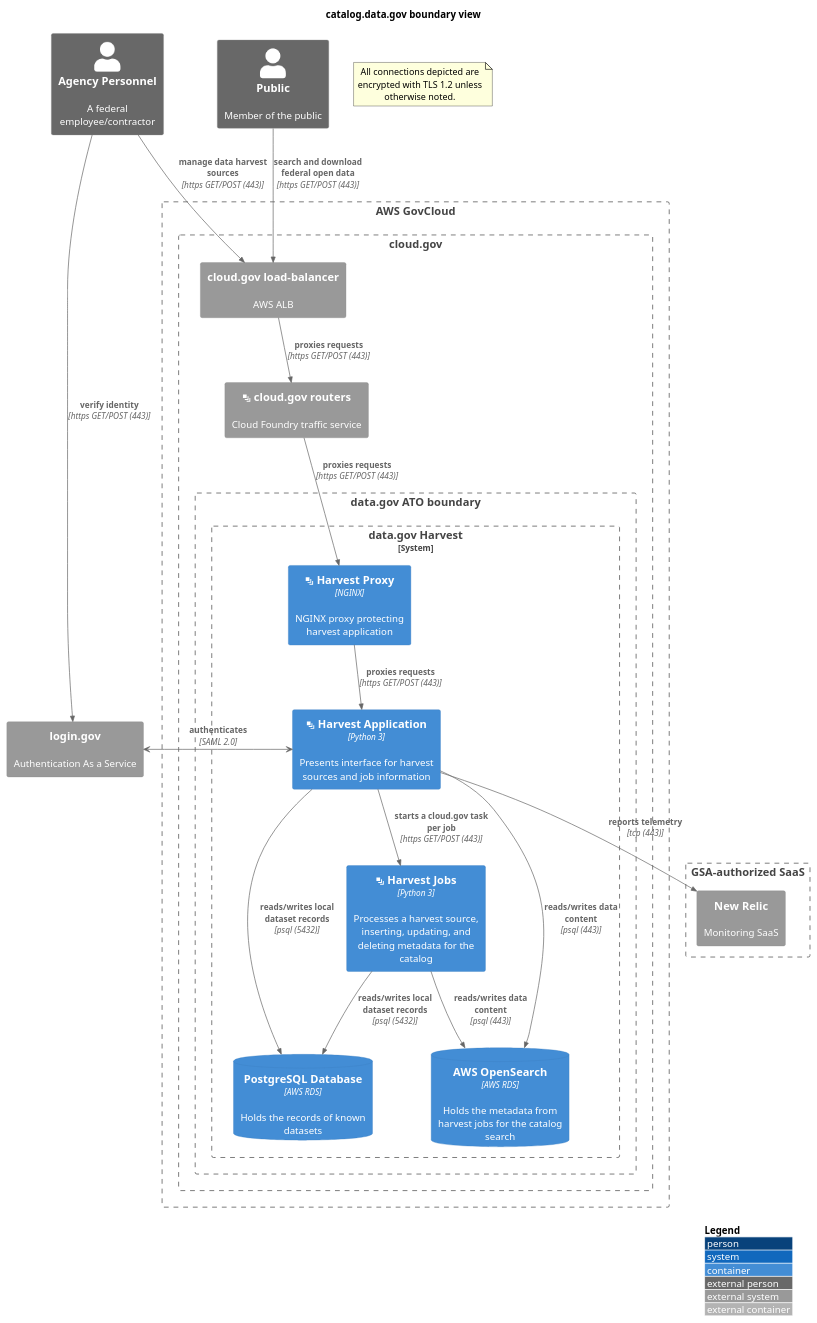
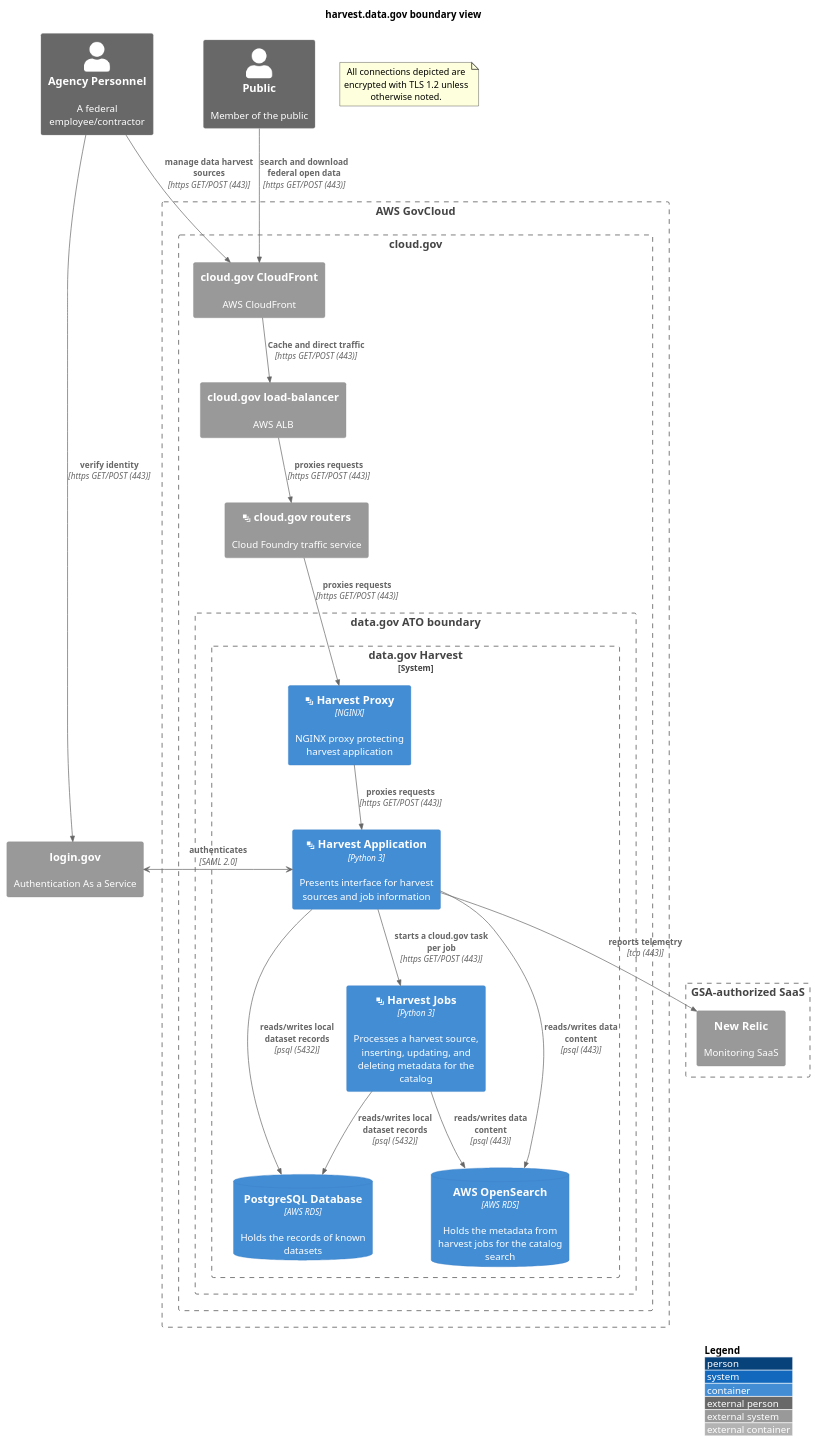
One commit to GSA/datagov-compliance changed the diagram in apps/harvest.boundary.md. Above: the diagram before and after it, drawn with PlantUML. The commit also changed other lines of this file and 11 other files, not shown here.

Commit message:
Updated per comments, cleaned titles and added CloudFront

````diff
--- a/apps/harvest.boundary.md
+++ b/apps/harvest.boundary.md
@@ -3,47 +3,49 @@
 ```plantuml
 @startuml
 !include https://raw.githubusercontent.com/plantuml-stdlib/C4-PlantUML/master/C4_Container.puml
 ' uncomment the following line and comment the first to use locally
 ' !include C4_Container.puml
 LAYOUT_WITH_LEGEND()
-title catalog.data.gov boundary view
+title harvest.data.gov boundary view
 Person_Ext(personnel, "Agency Personnel", "A federal employee/contractor")
 Person_Ext(public, "Public", "Member of the public")
 note as EncryptionNote
 All connections depicted are encrypted with TLS 1.2 unless otherwise noted.
 end note
 Boundary(aws, "AWS GovCloud") {
     Boundary(cloudgov, "cloud.gov") {
+        System_Ext(cloudfront, "cloud.gov CloudFront", "AWS CloudFront")
         System_Ext(aws_alb, "cloud.gov load-balancer", "AWS ALB")
         System_Ext(cloudgov_router, "<&layers> cloud.gov routers", "Cloud Foundry traffic service")
         Boundary(atob, "data.gov ATO boundary") {
             System_Boundary(harvest, "data.gov Harvest") {
                 Container(harvest_proxy, "<&layers> Harvest Proxy", "NGINX", "NGINX proxy protecting harvest application")
                 Container(harvest_app, "<&layers> Harvest Application", "Python 3", "Presents interface for harvest sources and job information")
                 Container(harvest_jobs, "<&layers> Harvest Jobs", "Python 3", "Processes a harvest source, inserting, updating, and deleting metadata for the catalog")
                 ContainerDb(harvest_db, "PostgreSQL Database", "AWS RDS", "Holds the records of known datasets")
                 ContainerDb(catalog_openSearch, "AWS OpenSearch", "AWS RDS", "Holds the metadata from harvest jobs for the catalog search")
             }
         }
     }
 }
 Boundary(gsa_saas, "GSA-authorized SaaS") {
     System_Ext(newrelic, "New Relic", "Monitoring SaaS")
 }
 System_Ext(login, "login.gov", "Authentication As a Service")
 harvest_app <-> login : **authenticates** \n//[SAML 2.0]//
 Rel(personnel, login, "verify identity", "https GET/POST (443)")
 Rel(harvest_app, newrelic, "reports telemetry", "tcp (443)")
-Rel(personnel, aws_alb, "manage data harvest sources", "https GET/POST (443)")
-Rel(public, aws_alb, "search and download federal open data", "https GET/POST (443)")
+Rel(cloudfront, aws_alb, "Cache and direct traffic", "https GET/POST (443)")
+Rel(personnel, cloudfront, "manage data harvest sources", "https GET/POST (443)")
+Rel(public, cloudfront, "search and download federal open data", "https GET/POST (443)")
 Rel(aws_alb, cloudgov_router, "proxies requests", "https GET/POST (443)")
 Rel(cloudgov_router, harvest_proxy, "proxies requests", "https GET/POST (443)")
 Rel(harvest_proxy, harvest_app, "proxies requests", "https GET/POST (443)")
 Rel(harvest_app, harvest_db, "reads/writes local dataset records", "psql (5432)")
 Rel(harvest_app, catalog_openSearch, "reads/writes data content", "psql (443)")
 Rel(harvest_jobs, harvest_db, "reads/writes local dataset records", "psql (5432)")
 Rel(harvest_jobs, catalog_openSearch, "reads/writes data content", "psql (443)")
 Rel(harvest_app, harvest_jobs, "starts a cloud.gov task per job", "https GET/POST (443)")
 
 @enduml
 ```
````
